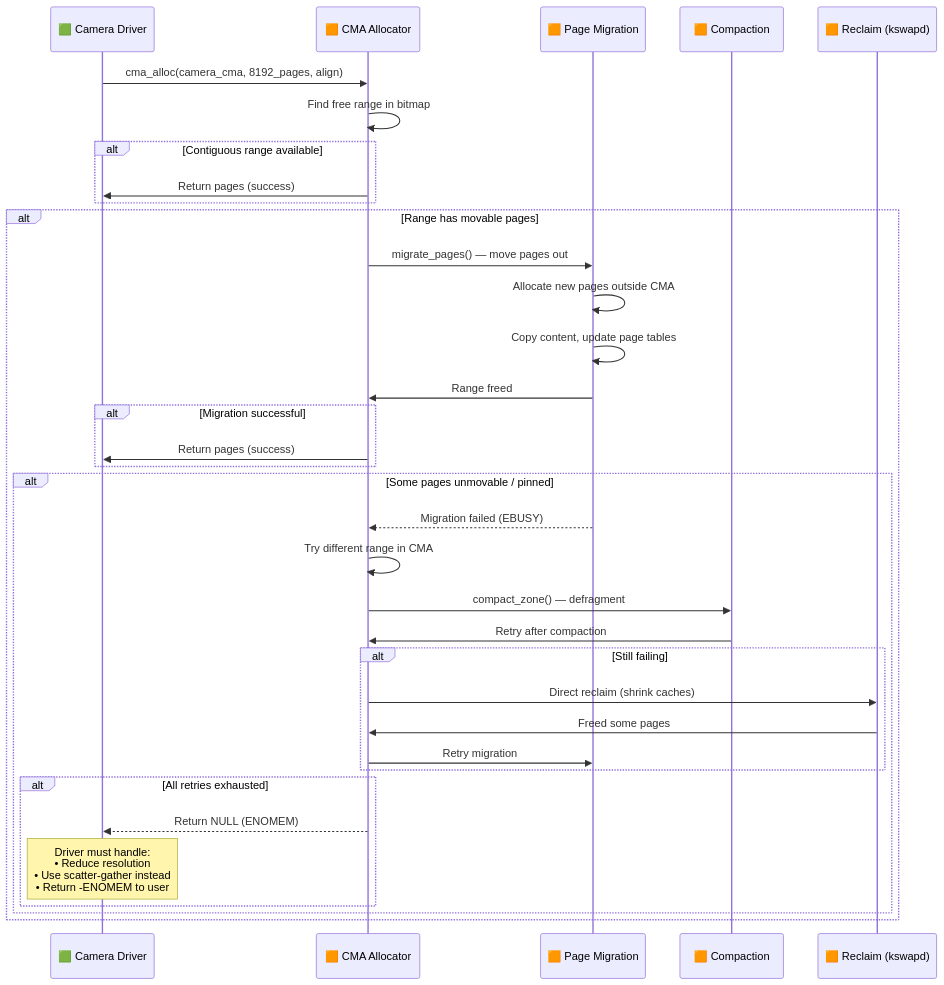
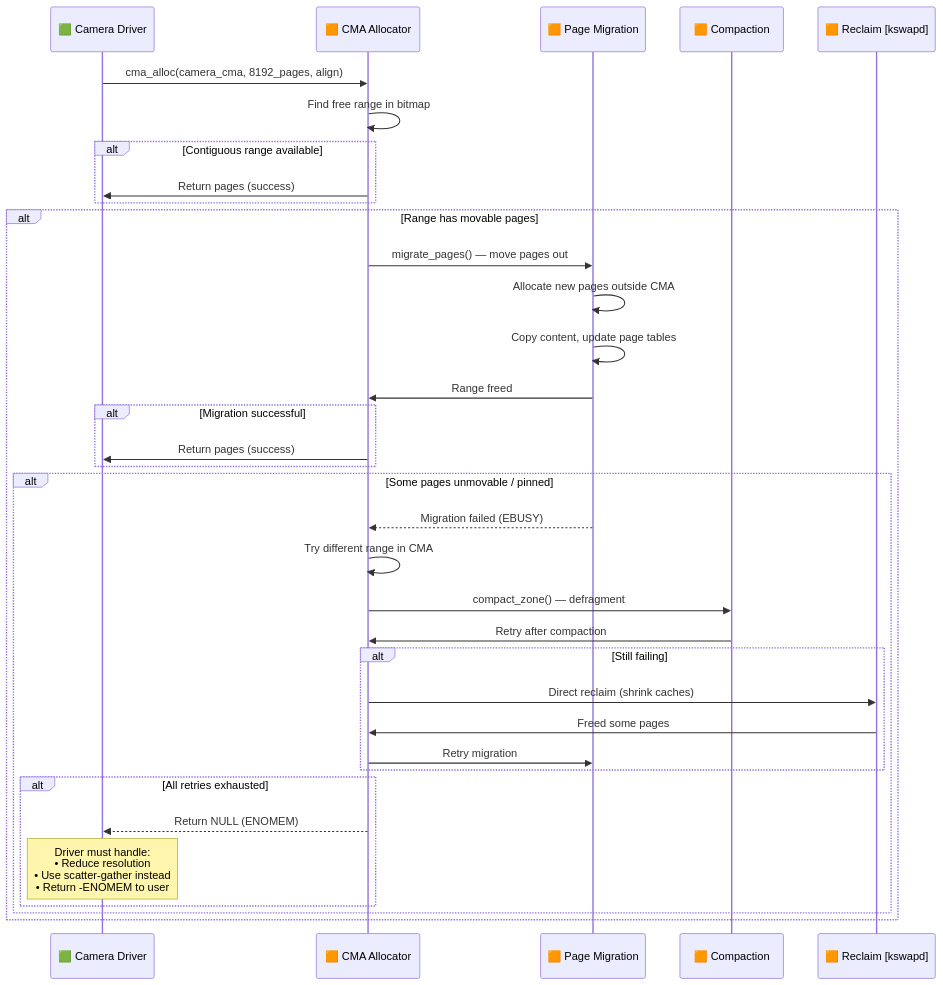
One commit to nilprajapati97/Linux changed diagram 13 of 21 in MemoryManagement/17_Qualcomm_System_Design_Memory_Management.md. Above: the diagram before and after it, drawn with Mermaid. The commit also changed other lines of this file and 68 other files, not shown here.

````diff
--- a/MemoryManagement/17_Qualcomm_System_Design_Memory_Management.md
+++ b/MemoryManagement/17_Qualcomm_System_Design_Memory_Management.md
@@ -511,44 +511,44 @@
 ```mermaid
 sequenceDiagram
     participant DRV as 🟩 Camera Driver
     participant CMA as 🟧 CMA Allocator
     participant MIGRATE as 🟧 Page Migration
     participant COMPACT as 🟧 Compaction
-    participant RECLAIM as 🟧 Reclaim (kswapd)
+    participant RECLAIM as 🟧 Reclaim [kswapd]
 
     DRV->>CMA: cma_alloc(camera_cma, 8192_pages, align)
     CMA->>CMA: Find free range in bitmap
 
     alt Contiguous range available
         CMA->>DRV: Return pages (success)
     end
 
     alt Range has movable pages
         CMA->>MIGRATE: migrate_pages() — move pages out
         MIGRATE->>MIGRATE: Allocate new pages outside CMA
         MIGRATE->>MIGRATE: Copy content, update page tables
         MIGRATE->>CMA: Range freed
 
         alt Migration successful
             CMA->>DRV: Return pages (success)
         end
 
         alt Some pages unmovable / pinned
             MIGRATE-->>CMA: Migration failed (EBUSY)
             CMA->>CMA: Try different range in CMA
             CMA->>COMPACT: compact_zone() — defragment
             COMPACT->>CMA: Retry after compaction
 
             alt Still failing
                 CMA->>RECLAIM: Direct reclaim (shrink caches)
                 RECLAIM->>CMA: Freed some pages
                 CMA->>MIGRATE: Retry migration
             end
 
             alt All retries exhausted
                 CMA-->>DRV: Return NULL (ENOMEM)
                 Note over DRV: Driver must handle:<br/>• Reduce resolution<br/>• Use scatter-gather instead<br/>• Return -ENOMEM to user
             end
         end
     end
 ```
````
